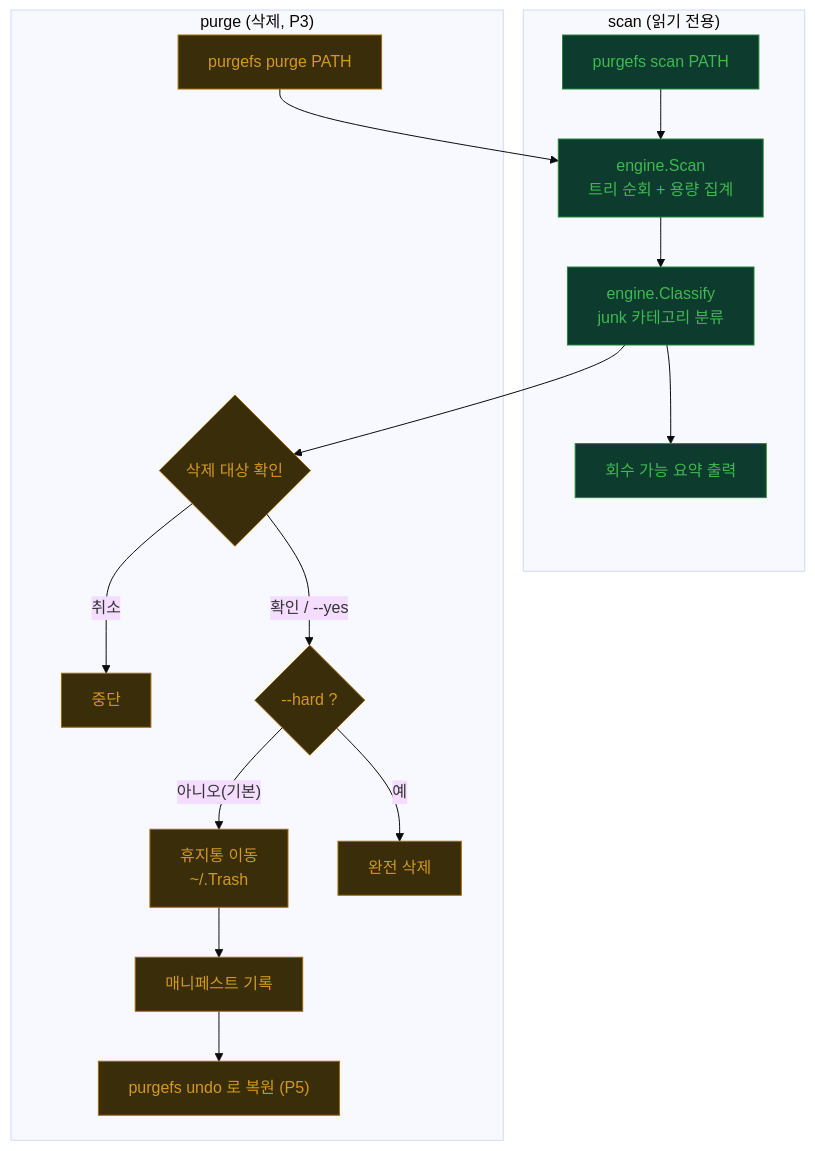
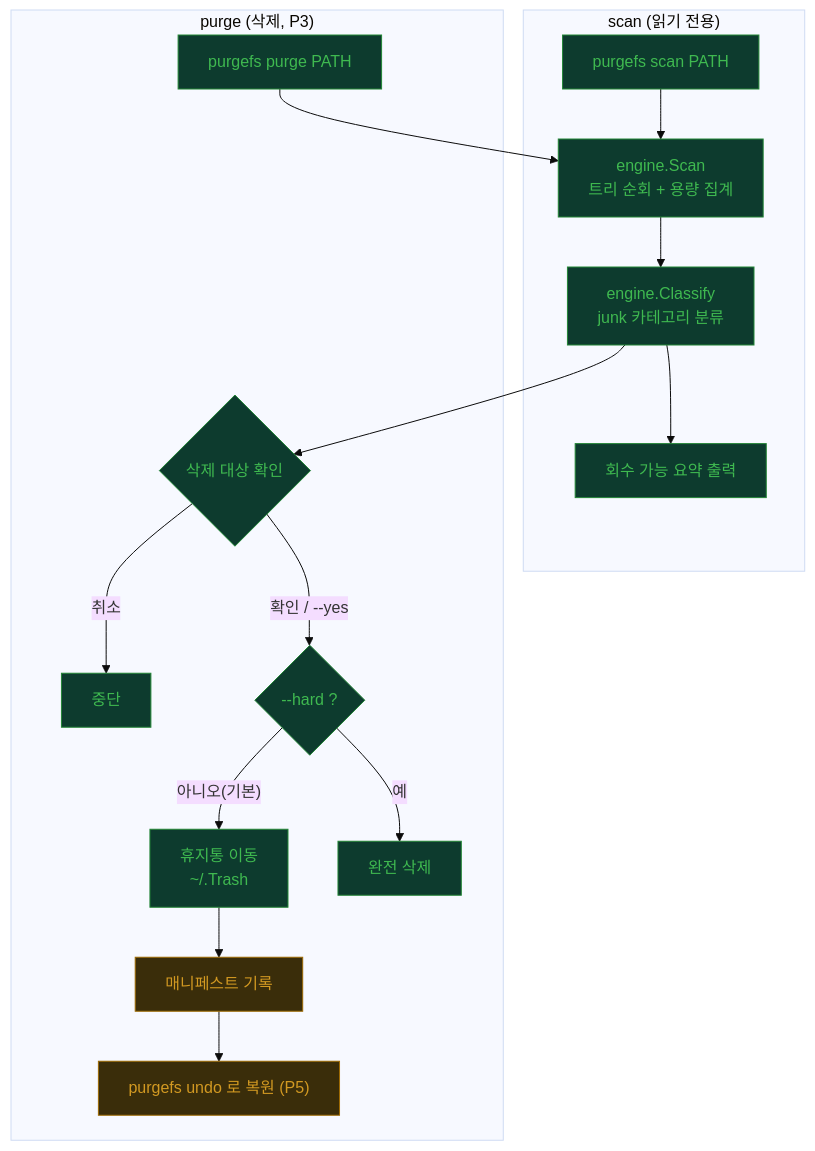
One commit to seeminglyjs/PurgeFs changed the second of 2 diagrams in README.md. Above: the diagram before and after it, drawn with Mermaid (base theme). The commit also changed other lines of this file, not shown here.

Commit message:
docs: update README for P3 (purge done, --hard usage, trash pkg)

````diff
--- a/README.md
+++ b/README.md
@@ -28,24 +28,24 @@
 ```mermaid
 flowchart TD
     subgraph SCAN["scan (읽기 전용)"]
         A["purgefs scan PATH"] --> B["engine.Scan<br/>트리 순회 + 용량 집계"]
         B --> C["engine.Classify<br/>junk 카테고리 분류"]
         C --> D["회수 가능 요약 출력"]
     end
 
     subgraph PURGE["purge (삭제, P3)"]
         E["purgefs purge PATH"] --> B
         C --> F{"삭제 대상 확인"}
         F -- "취소" --> X["중단"]
         F -- "확인 / --yes" --> G{"--hard ?"}
         G -- "아니오(기본)" --> H["휴지통 이동<br/>~/.Trash"]
         G -- "예" --> I["완전 삭제"]
         H --> J["매니페스트 기록"]
         J --> K["purgefs undo 로 복원 (P5)"]
     end
 
     classDef done fill:#0d3b2e,color:#3fb950,stroke:#238636
     classDef todo fill:#3a2d0a,color:#d29922,stroke:#9e6a03
-    class A,B,C,D done
-    class E,F,G,H,I,J,K,X todo
+    class A,B,C,D,E,F,G,H,I,X done
+    class J,K todo
 ```
````
